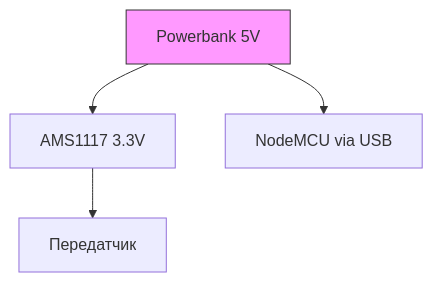
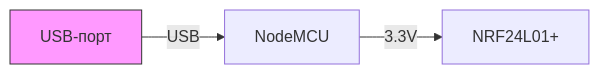
The fourth of 4 diagrams in docs/wiring.md (VladSinyutkin/AgroMonitoring), drawn with Mermaid before and after one commit. The commit also changed other lines of this file, not shown here.

Commit message:
Исправлена схема питания

````diff
--- a/docs/wiring.md
+++ b/docs/wiring.md
@@ -162,7 +147,6 @@
 ```mermaid
-graph TB
-    A[Powerbank 5V] --> B[AMS1117 3.3V]
-    B --> C[Передатчик]
-    A --> D[NodeMCU via USB]
+graph LR
+    A[USB-порт] -->|USB| B[NodeMCU]
+    B -->|3.3V| C[NRF24L01+]
     style A fill:#f9f,stroke:#333
 ```
````
